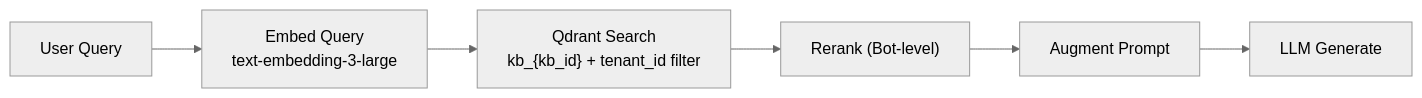
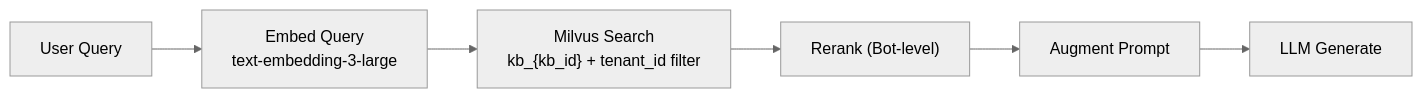
Before and after one commit to larry610881/agentic-rag-customer-service: the second of 2 diagrams in docs/architecture.md, drawn with Mermaid (neutral theme). The commit also changed other lines of this file and 7 other files, not shown here.

First line of the commit message:
docs: Qdrant → Milvus + React/Vite + PostgreSQL 老資訊清理

````diff
--- a/docs/architecture.md
+++ b/docs/architecture.md
@@ -150,8 +150,8 @@
 ```mermaid
 graph LR
     Q["User Query"] --> E["Embed Query<br/>text-embedding-3-large"]
-    E --> S["Qdrant Search<br/>kb_{kb_id} + tenant_id filter"]
+    E --> S["Milvus Search<br/>kb_{kb_id} + tenant_id filter"]
     S --> R["Rerank (Bot-level)"]
     R --> A["Augment Prompt"]
     A --> L["LLM Generate"]
 ```
````
